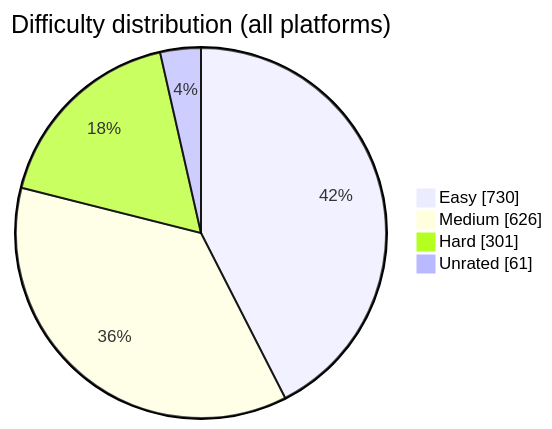
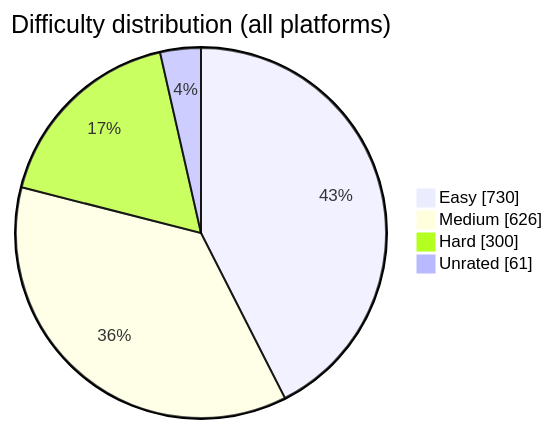
One commit to BuildbyArindam/Daily-Coding-Log changed the diagram in README.md. Above: the diagram before and after it, drawn with Mermaid. The commit also changed other lines of this file, not shown here.

````diff
--- a/README.md
+++ b/README.md
@@ -93,7 +93,7 @@
 ```mermaid
 pie showData title Difficulty distribution (all platforms)
     "Easy" : 730
     "Medium" : 626
-    "Hard" : 301
+    "Hard" : 300
     "Unrated" : 61
 ```
````
